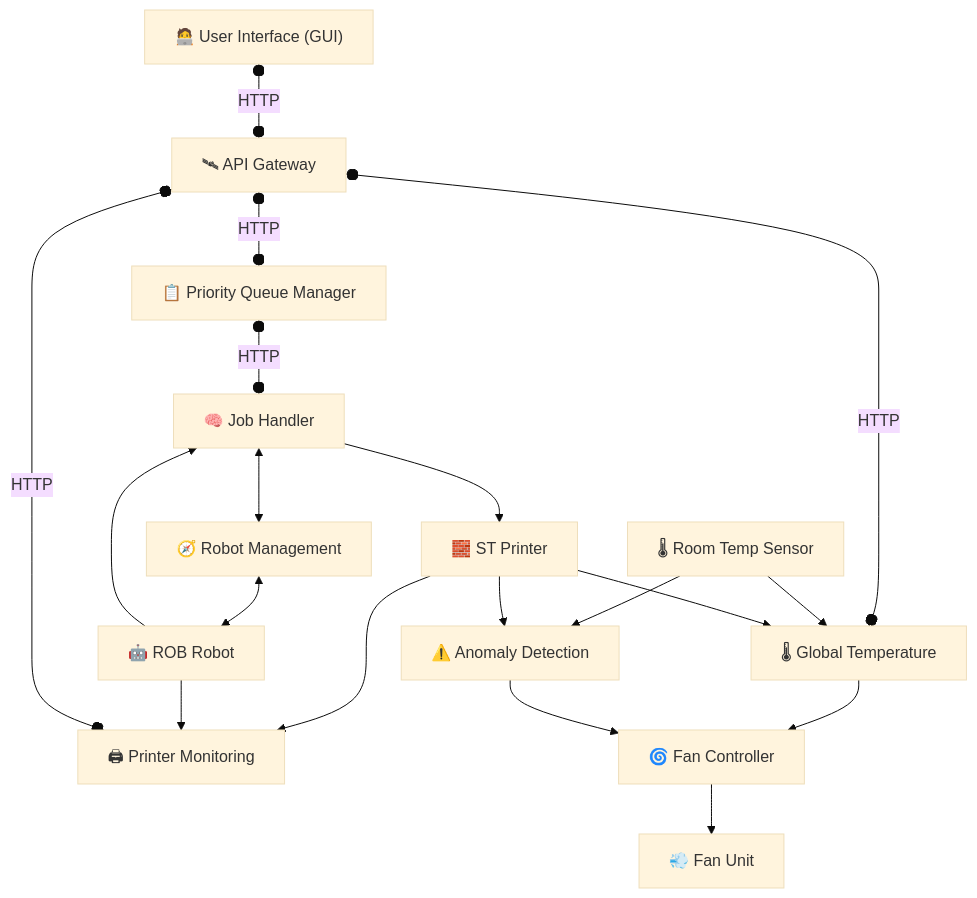
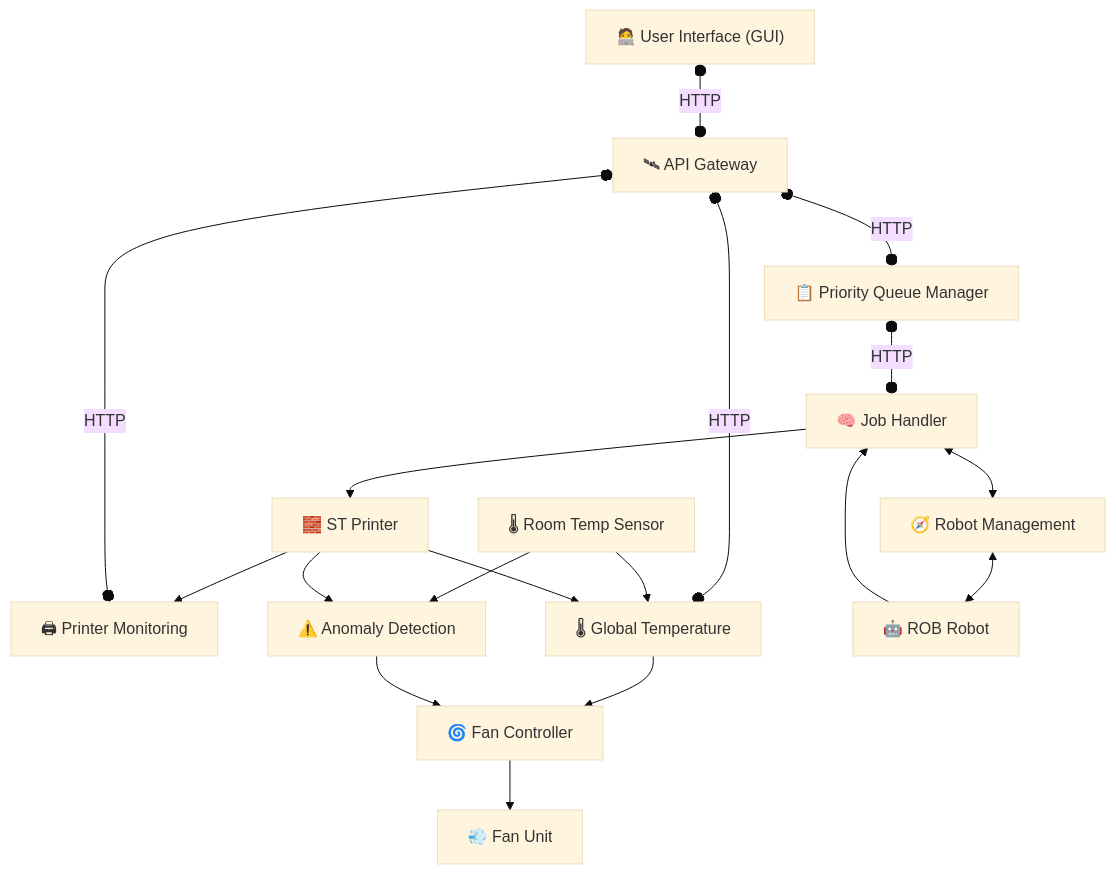
One commit to leonardosos/3D_Printer_Lab changed the diagram in flowchart/basic_flowchart.mmd. Above: the diagram before and after it, drawn with Mermaid (base theme). The commit also changed 15 other files, not shown here.

```diff
--- a/flowchart/basic_flowchart.mmd
+++ b/flowchart/basic_flowchart.mmd
@@ -1,49 +1,40 @@
 flowchart TB
 
-%% User Interaction Layer
+ST --> PrinterMon
+
+APIGW o--o|HTTP| TempGlobal
+
+TempSensor --> TempGlobal
+TempSensor --> Anomaly
+
 GUI["🧑‍💻 User Interface (GUI)"]
-
-%% HTTP Communication Layer
+Robot["🤖 ROB Robot"]
+Fan["💨 Fan Unit"]
+PrinterMon["🖨 Printer Monitoring"]
+ST["🧱 ST Printer"]
 APIGW["🛰 API Gateway"]
 QueueMgr["📋 Priority Queue Manager"]
 TempGlobal["🌡 Global Temperature"]
-PrinterMon["🖨 Printer Monitoring"]
-
-%% MQTT Communication Layer
 JobHandler["🧠 Job Handler"]
 Planning["🧭 Robot Management"]
-ST["🧱 ST Printer"]
 Anomaly["⚠️ Anomaly Detection"]
 FanCtrl["🌀 Fan Controller"]
-
-%% Device Layer (emoji-enhanced)
-Robot["🤖 ROB Robot"]
-Fan["💨 Fan Unit"]
 TempSensor["🌡 Room Temp Sensor"]
 
-%% Data Flow 
+ST --> TempGlobal
+ST --> Anomaly
+
+TempGlobal --> FanCtrl
+Anomaly --> FanCtrl
+FanCtrl --> Fan
+ 
 GUI o--o|HTTP| APIGW
 APIGW o--o|HTTP| QueueMgr
-APIGW o--o|HTTP| TempGlobal
+APIGW o--o|HTTP| PrinterMon
 QueueMgr o--o|HTTP| JobHandler
 
-TempSensor --> TempGlobal
 JobHandler <--> Planning
+Planning <--> Robot
+Robot --> JobHandler
 
-ST --> TempGlobal 
-ST --> PrinterMon
-%% JobHandler --> PrinterMon (Real topic subscription)
 JobHandler --> ST
-
-Planning <--> Robot
-Robot --> PrinterMon
-Robot --> JobHandler 
-
-APIGW o--o|HTTP| PrinterMon
-
-TempGlobal --> FanCtrl
-FanCtrl --> Fan
-
-TempSensor --> Anomaly
-ST --> Anomaly
-Anomaly --> FanCtrl
```
